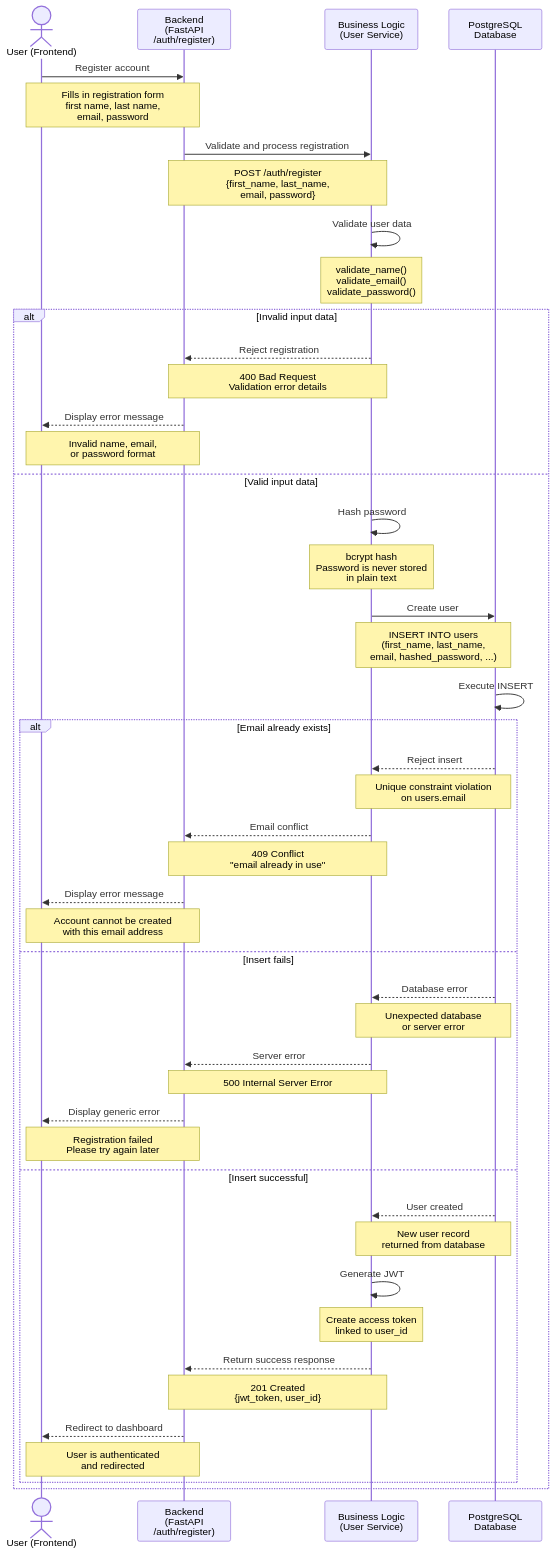
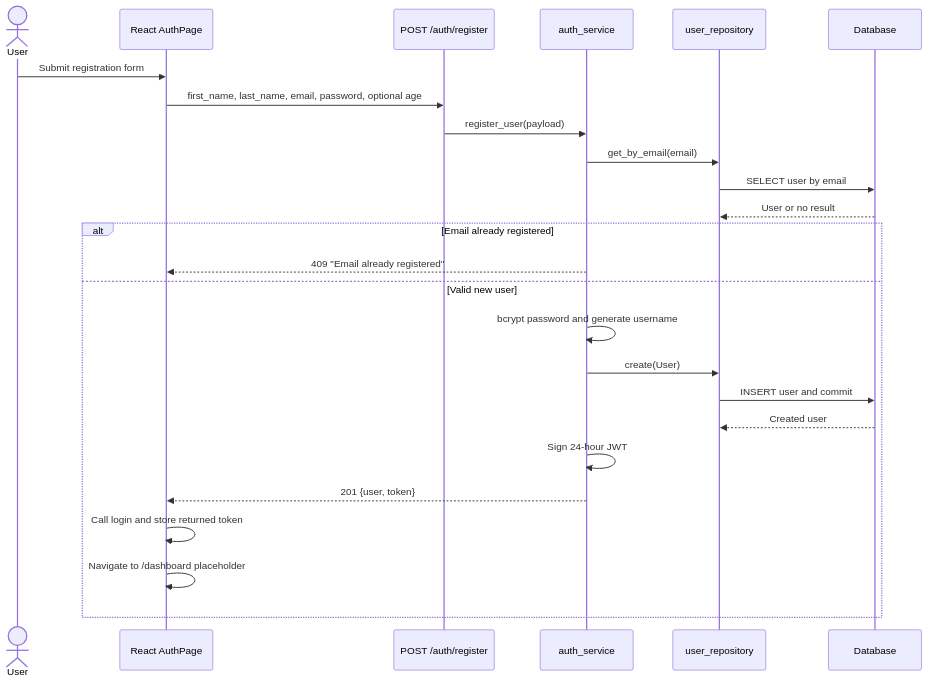
Before and after one commit to zahin-dev/Film-like: the first of 7 diagrams in docs/diagrams/SequenceDiagrams.md, drawn with Mermaid. The commit also changed other lines of this file and 10 other files, not shown here.

````diff
--- a/docs/diagrams/SequenceDiagrams.md
+++ b/docs/diagrams/SequenceDiagrams.md
@@ -43,66 +13,29 @@
 ```mermaid
 sequenceDiagram
-    actor User as User (Frontend)
-    participant Back as Backend<br>(FastAPI<br>/auth/register)
-    participant BL as Business Logic<br>(User Service)
-    participant DB as PostgreSQL<br>Database
+    actor User
+    participant Frontend as React AuthPage
+    participant Route as POST /auth/register
+    participant Service as auth_service
+    participant Repo as user_repository
+    participant DB as Database
 
-    User->>Back: Register account
-    Note over User,Back: Fills in registration form<br>first name, last name,<br>email, password
+    User->>Frontend: Submit registration form
+    Frontend->>Route: first_name, last_name, email, password, optional age
+    Route->>Service: register_user(payload)
+    Service->>Repo: get_by_email(email)
+    Repo->>DB: SELECT user by email
+    DB-->>Repo: User or no result
 
-    Back->>BL: Validate and process registration
-    Note over Back,BL: POST /auth/register<br>{first_name, last_name,<br>email, password}
-
-    BL->>BL: Validate user data
-    Note over BL: validate_name()<br>validate_email()<br>validate_password()
-
-    alt Invalid input data
-        BL-->>Back: Reject registration
-        Note over BL,Back: 400 Bad Request<br>Validation error details
-
-        Back-->>User: Display error message
-        Note over Back,User: Invalid name, email,<br>or password format
-
-    else Valid input data
-        BL->>BL: Hash password
-        Note over BL: bcrypt hash<br>Password is never stored<br>in plain text
-
-        BL->>DB: Create user
-        Note over BL,DB: INSERT INTO users<br>(first_name, last_name,<br>email, hashed_password, ...)
-        DB->>DB: Execute INSERT
-
-        alt Email already exists
-            DB-->>BL: Reject insert
-            Note over DB,BL: Unique constraint violation<br>on users.email
-
-            BL-->>Back: Email conflict
-            Note over BL,Back: 409 Conflict<br>"email already in use"
-
-            Back-->>User: Display error message
-            Note over Back,User: Account cannot be created<br>with this email address
-
-        else Insert fails
-            DB-->>BL: Database error
-            Note over DB,BL: Unexpected database<br>or server error
-
-            BL-->>Back: Server error
-            Note over BL,Back: 500 Internal Server Error
-
-            Back-->>User: Display generic error
-            Note over Back,User: Registration failed<br>Please try again later
-
-        else Insert successful
-            DB-->>BL: User created
-            Note over DB,BL: New user record<br>returned from database
-
-            BL->>BL: Generate JWT
-            Note over BL: Create access token<br>linked to user_id
-
-            BL-->>Back: Return success response
-            Note over BL,Back: 201 Created<br>{jwt_token, user_id}
-
-            Back-->>User: Redirect to dashboard
-            Note over Back,User: User is authenticated<br>and redirected
-        end
+    alt Email already registered
+        Service-->>Frontend: 409 "Email already registered"
+    else Valid new user
+        Service->>Service: bcrypt password and generate username
+        Service->>Repo: create(User)
+        Repo->>DB: INSERT user and commit
+        DB-->>Repo: Created user
+        Service->>Service: Sign 24-hour JWT
+        Service-->>Frontend: 201 {user, token}
+        Frontend->>Frontend: Call login and store returned token
+        Frontend->>Frontend: Navigate to /dashboard placeholder
     end
 ```
````
